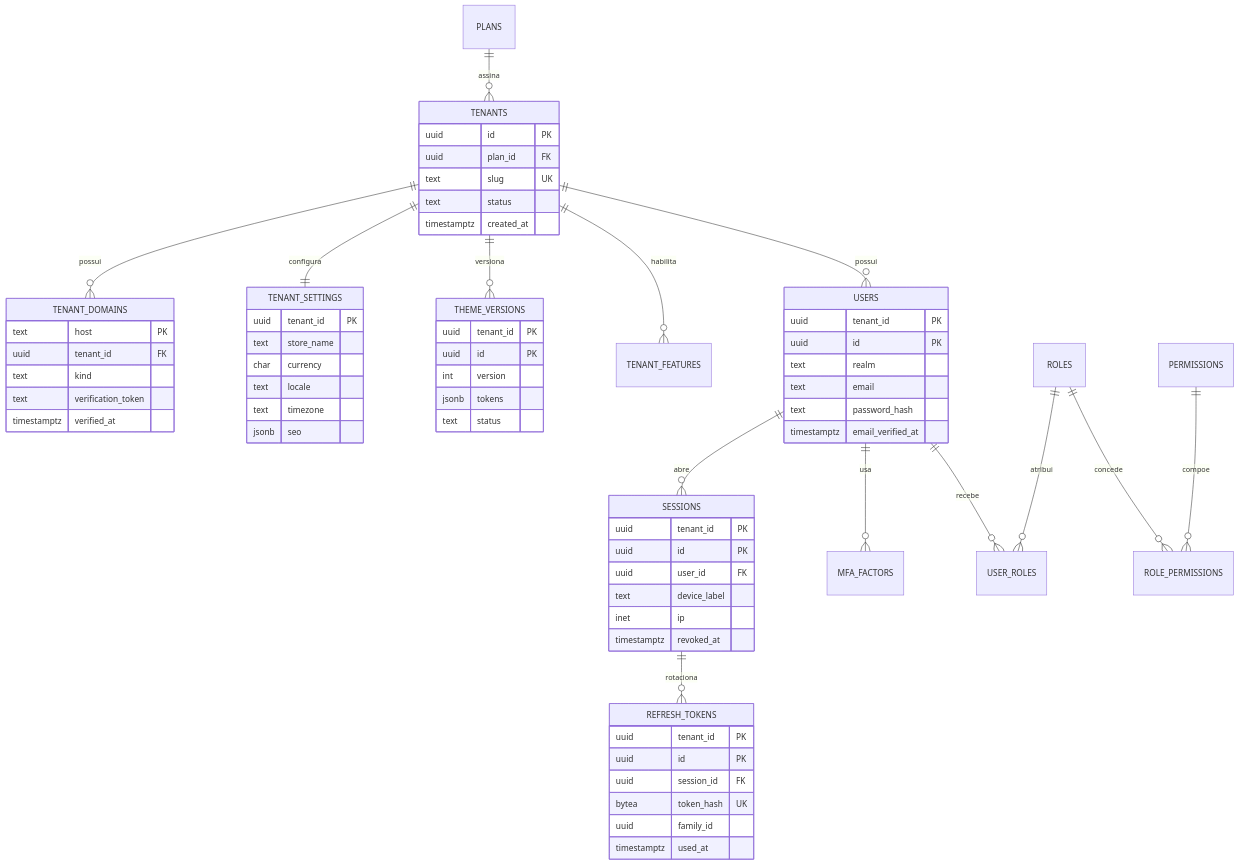
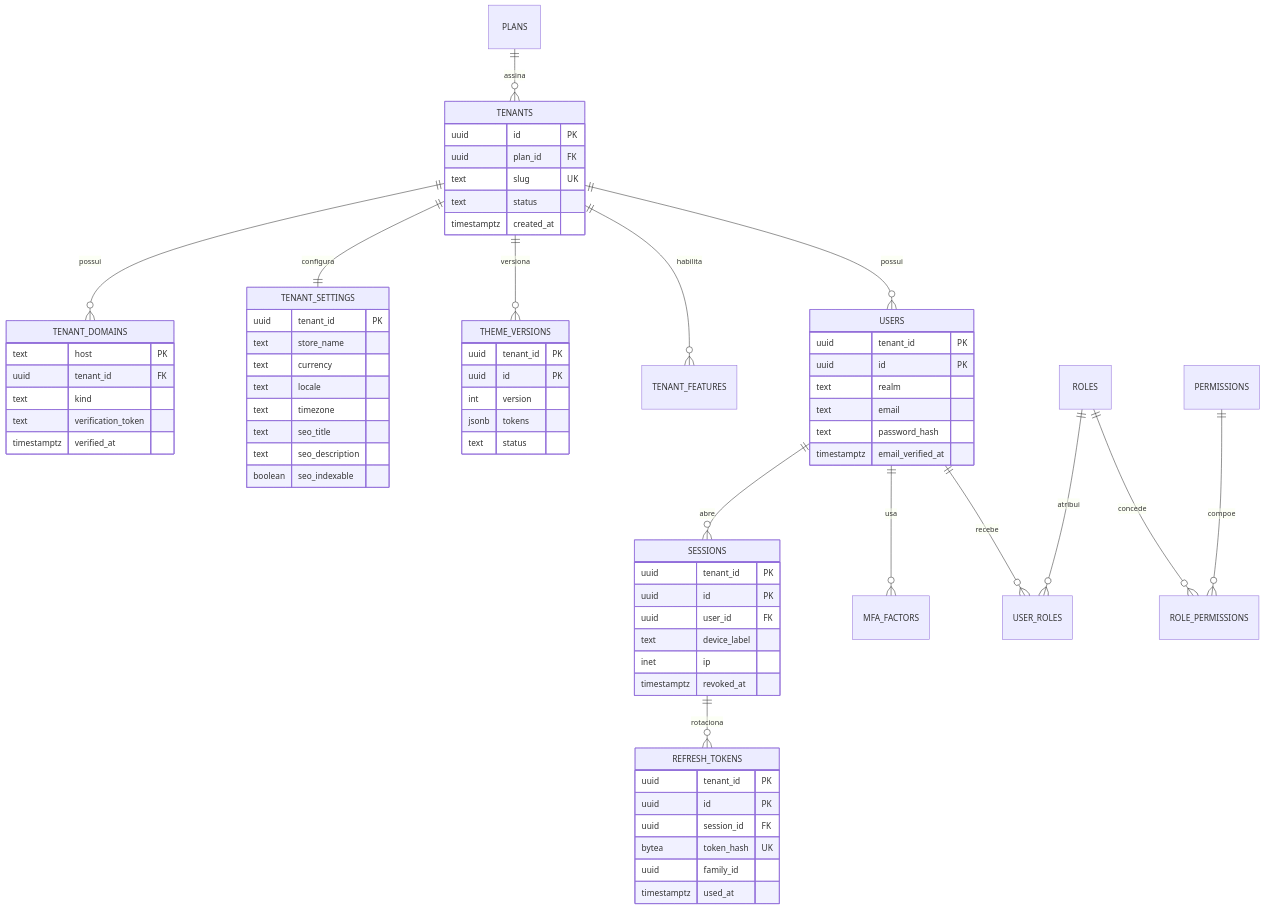
Before and after one commit to will-ferr/Ecommerce-White-Label: the first of 3 diagrams in docs/database/data-model.md, drawn with Mermaid. The commit also changed other lines of this file and 8 other files, not shown here.

````diff
--- a/docs/database/data-model.md
+++ b/docs/database/data-model.md
@@ -25,70 +25,72 @@
 ```mermaid
 erDiagram
     PLANS ||--o{ TENANTS : assina
     TENANTS ||--o{ TENANT_DOMAINS : possui
     TENANTS ||--|| TENANT_SETTINGS : configura
     TENANTS ||--o{ THEME_VERSIONS : versiona
     TENANTS ||--o{ TENANT_FEATURES : habilita
     TENANTS ||--o{ USERS : possui
     USERS ||--o{ SESSIONS : abre
     USERS ||--o{ MFA_FACTORS : usa
     USERS ||--o{ USER_ROLES : recebe
     ROLES ||--o{ USER_ROLES : atribui
     ROLES ||--o{ ROLE_PERMISSIONS : concede
     PERMISSIONS ||--o{ ROLE_PERMISSIONS : compoe
     SESSIONS ||--o{ REFRESH_TOKENS : rotaciona
 
     TENANTS {
         uuid id PK
         uuid plan_id FK
         text slug UK
         text status
         timestamptz created_at
     }
     TENANT_DOMAINS {
         text host PK
         uuid tenant_id FK
         text kind
         text verification_token
         timestamptz verified_at
     }
     TENANT_SETTINGS {
         uuid tenant_id PK
         text store_name
-        char currency
+        text currency
         text locale
         text timezone
-        jsonb seo
+        text seo_title
+        text seo_description
+        boolean seo_indexable
     }
     THEME_VERSIONS {
         uuid tenant_id PK
         uuid id PK
         int version
         jsonb tokens
         text status
     }
     USERS {
         uuid tenant_id PK
         uuid id PK
         text realm
         text email
         text password_hash
         timestamptz email_verified_at
     }
     SESSIONS {
         uuid tenant_id PK
         uuid id PK
         uuid user_id FK
         text device_label
         inet ip
         timestamptz revoked_at
     }
     REFRESH_TOKENS {
         uuid tenant_id PK
         uuid id PK
         uuid session_id FK
         bytea token_hash UK
         uuid family_id
         timestamptz used_at
     }
 ```
````
